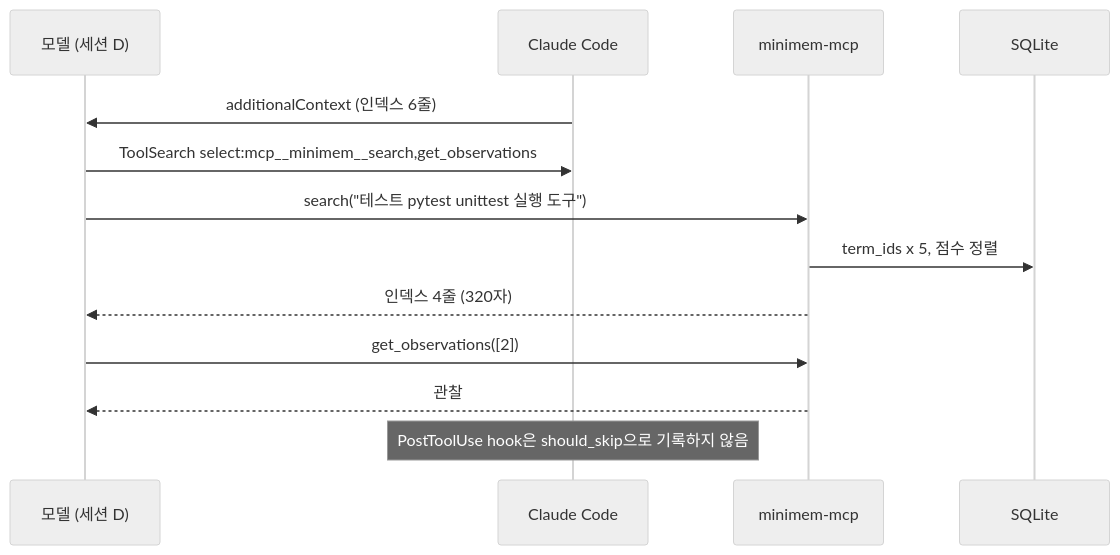
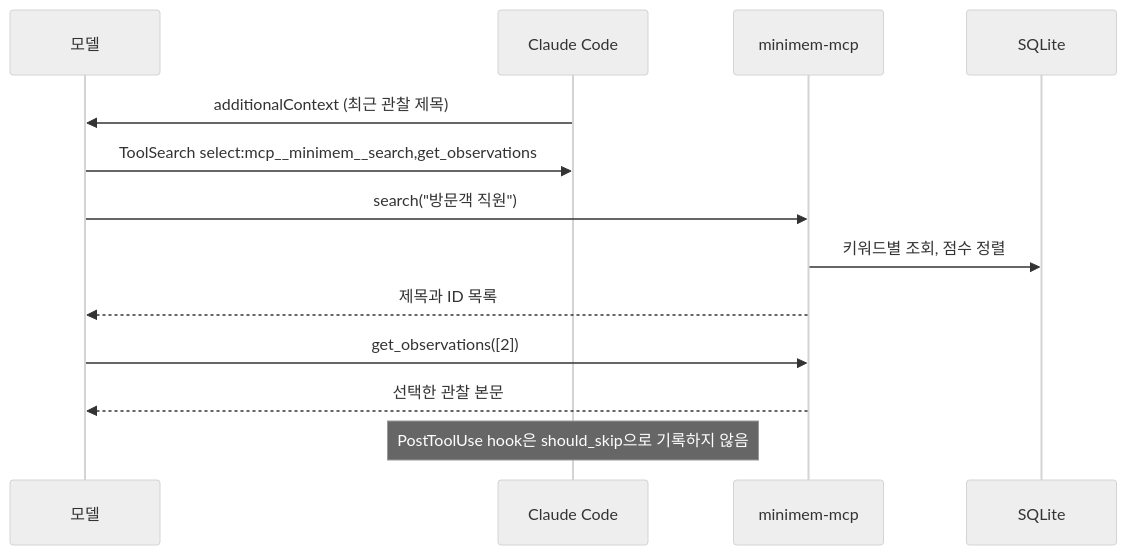
One commit to choisungwook/portfolio changed the diagram in computer_science/ai/claude-mem-agent-memory/docs/6-mcp-search.md. Above: the diagram before and after it, drawn with Mermaid (neutral theme). The commit also changed other lines of this file and 23 other files, not shown here.

````diff
--- a/computer_science/ai/claude-mem-agent-memory/docs/6-mcp-search.md
+++ b/computer_science/ai/claude-mem-agent-memory/docs/6-mcp-search.md
@@ -56,15 +54,15 @@
 ```mermaid
 sequenceDiagram
-  participant M as 모델 (세션 D)
+  participant M as 모델
   participant CC as Claude Code
   participant S as minimem-mcp
   participant DB as SQLite
-  CC->>M: additionalContext (인덱스 6줄)
+  CC->>M: additionalContext (최근 관찰 제목)
   M->>CC: ToolSearch select:mcp__minimem__search,get_observations
-  M->>S: search("테스트 pytest unittest 실행 도구")
-  S->>DB: term_ids x 5, 점수 정렬
-  S-->>M: 인덱스 4줄 (320자)
+  M->>S: search("방문객 직원")
+  S->>DB: 키워드별 조회, 점수 정렬
+  S-->>M: 제목과 ID 목록
   M->>S: get_observations([2])
-  S-->>M: 관찰 #2 본문 (359자)
+  S-->>M: 선택한 관찰 본문
   Note over CC: PostToolUse hook은 should_skip으로 기록하지 않음
 ```
````
